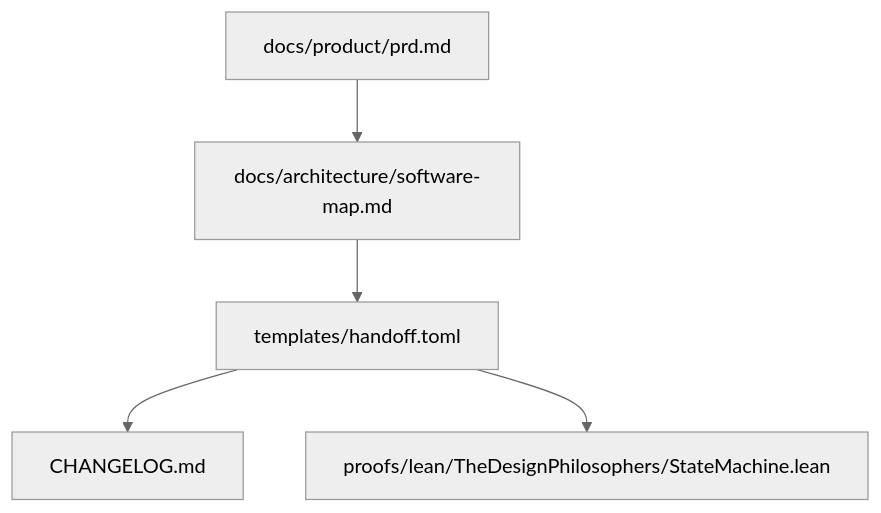
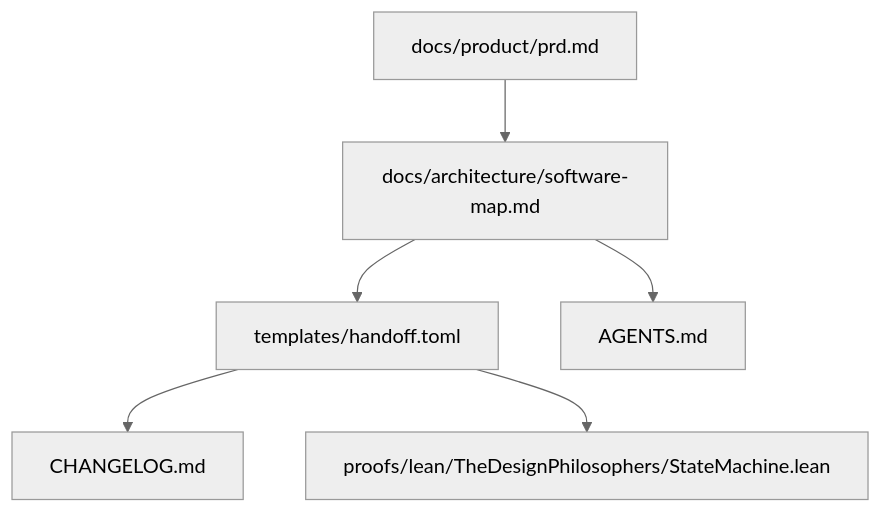
Before and after one commit to drhunn/the_design_philosophers_and_the_builder: the fourth of 5 diagrams in docs/architecture/software-map.md, drawn with Mermaid (neutral theme). The commit also changed other lines of this file, not shown here.

Commit message:
Map Linux Codex CLI distribution

````diff
--- a/docs/architecture/software-map.md
+++ b/docs/architecture/software-map.md
@@ -83,13 +89,15 @@
 ```mermaid
 flowchart TD
     PRD[docs/product/prd.md]
     SoftwareMap[docs/architecture/software-map.md]
     Handoff[templates/handoff.toml]
     Changelog[CHANGELOG.md]
     Lean[proofs/lean/TheDesignPhilosophers/StateMachine.lean]
+    AgentsRoot[AGENTS.md]
 
     PRD --> SoftwareMap
     SoftwareMap --> Handoff
+    SoftwareMap --> AgentsRoot
     Handoff --> Changelog
     Handoff --> Lean
 ```
````
